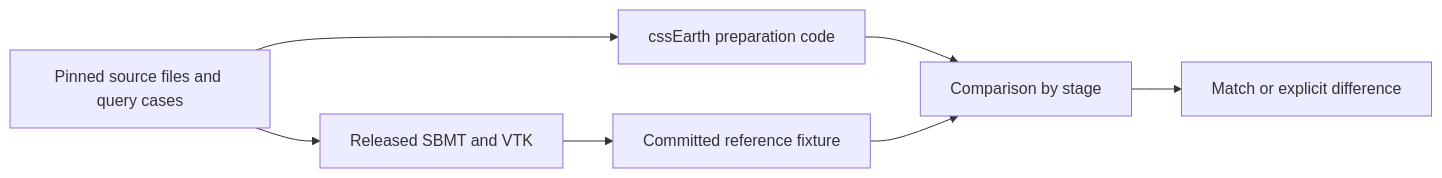
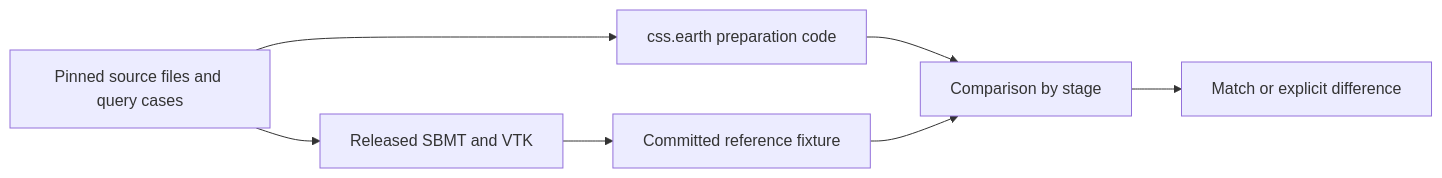
The diagram in packages/bake/src/objects/layers/terrestrial/fixtures/sbmt/README.md (layoutit/css.earth), drawn with Mermaid before and after one commit. The commit also changed other lines of this file and 575 other files, not shown here.

Commit message:
docs: prose, records and messages name the project css.earth

````diff
--- a/packages/bake/src/objects/layers/terrestrial/fixtures/sbmt/README.md
+++ b/packages/bake/src/objects/layers/terrestrial/fixtures/sbmt/README.md
@@ -9,9 +9,9 @@
 ```mermaid
 flowchart LR
   A[Pinned source files and query cases] --> B[Released SBMT and VTK]
-  A --> C[cssEarth preparation code]
+  A --> C[css.earth preparation code]
   B --> D[Committed reference fixture]
   C --> E[Comparison by stage]
   D --> E
   E --> F[Match or explicit difference]
 ```
````
